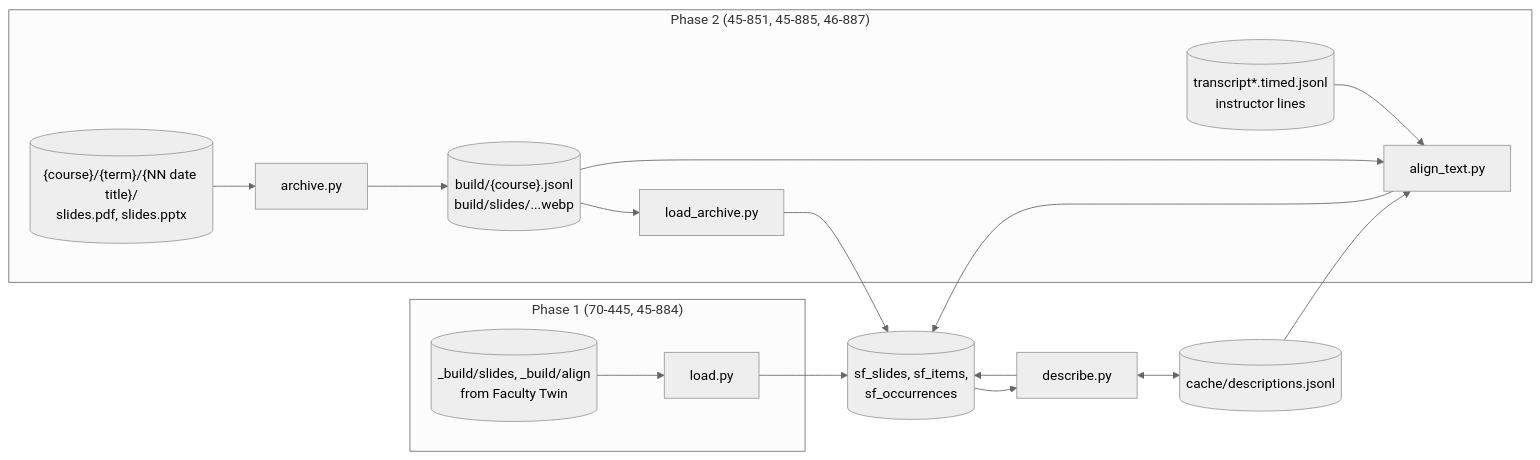
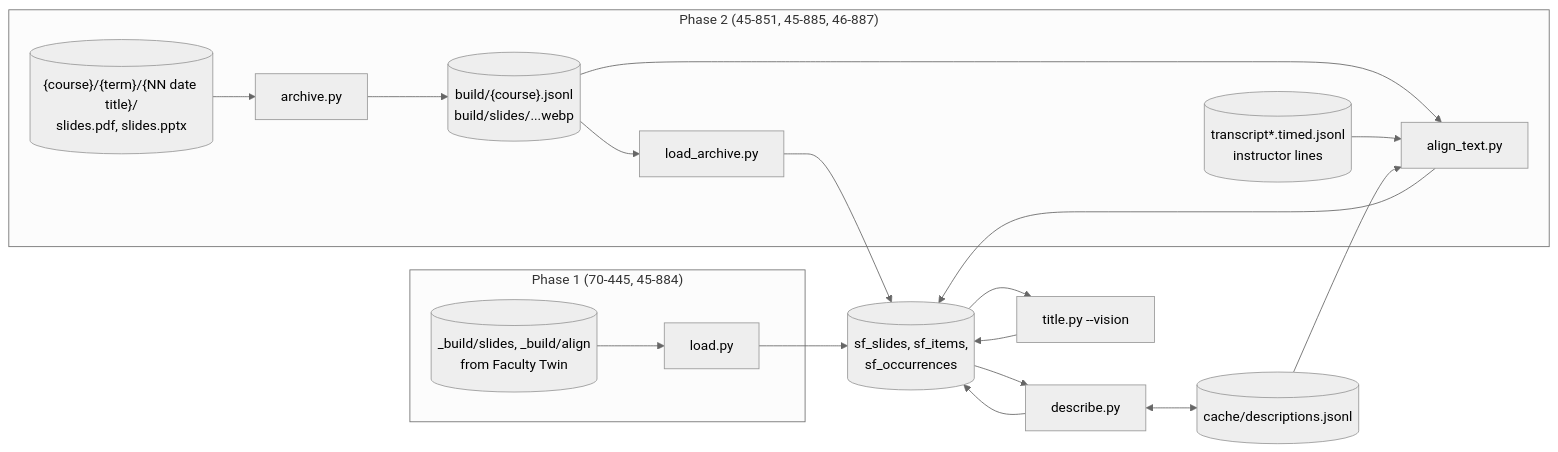
Before and after one commit to bcollier/slide-finder: the sixth of 20 diagrams in README.md, drawn with Mermaid (neutral theme). The commit also changed other lines of this file and 3 other files, not shown here.

````diff
--- a/README.md
+++ b/README.md
@@ -745,17 +791,18 @@
 ```mermaid
 flowchart LR
     subgraph P1["Phase 1 (70-445, 45-884)"]
         FT[("_build/slides, _build/align<br/>from Faculty Twin")] --> L1["load.py"]
     end
     subgraph P2["Phase 2 (45-851, 45-885, 46-887)"]
         RAW[("{course}/{term}/{NN date title}/<br/>slides.pdf, slides.pptx")] --> AR["archive.py"] --> JL[("build/{course}.jsonl<br/>build/slides/...webp")] --> LA["load_archive.py"]
         JL --> AT["align_text.py"]
         TT[("transcript*.timed.jsonl<br/>instructor lines")] --> AT
     end
     L1 --> DB[("sf_slides, sf_items,<br/>sf_occurrences")]
     LA --> DB
     DB --> DS["describe.py"] --> DB
     DS <--> C[("cache/descriptions.jsonl")]
     C --> AT
     AT --> DB
+    DB --> TI["title.py --vision"] --> DB
 ```
````
